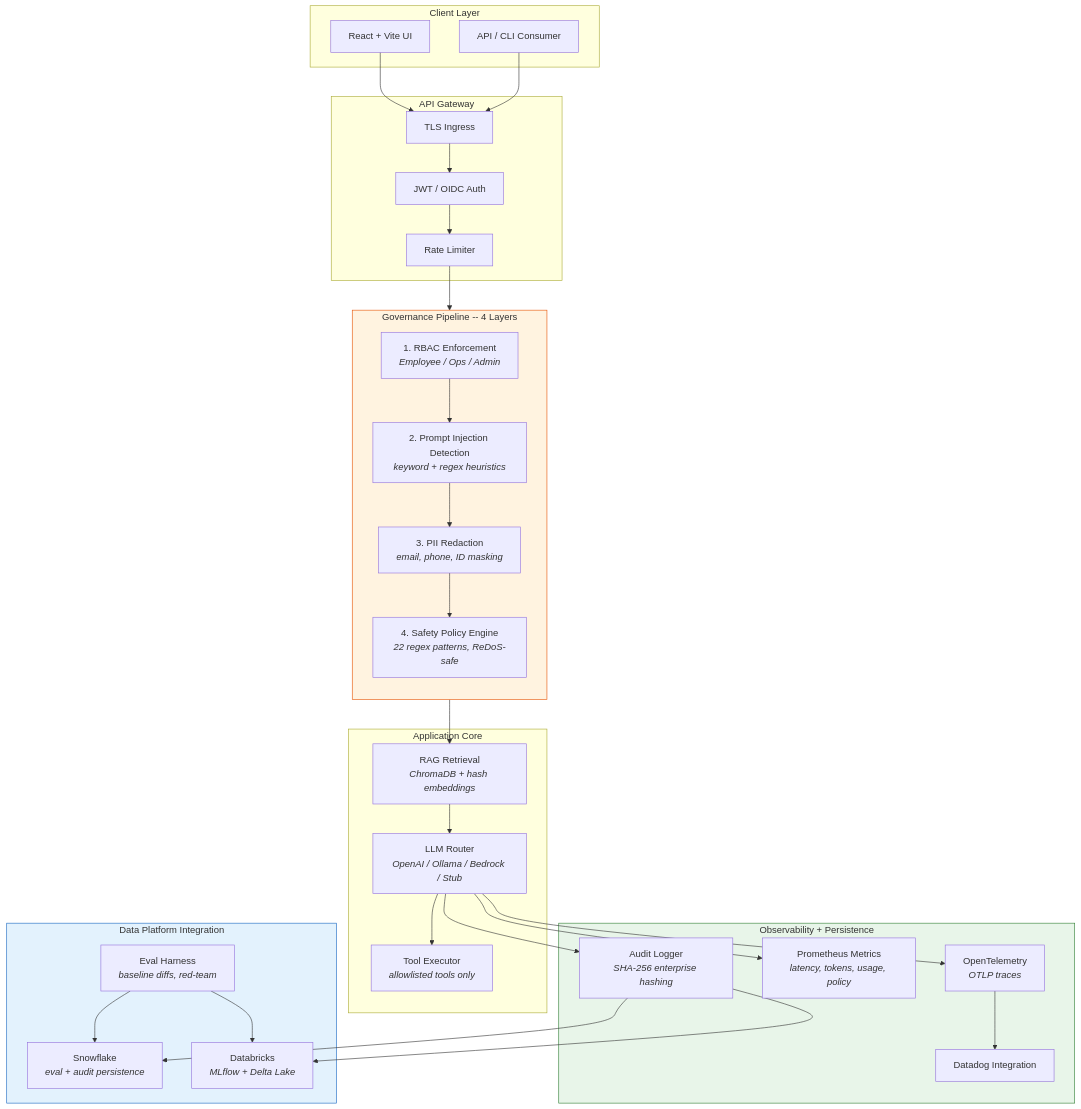
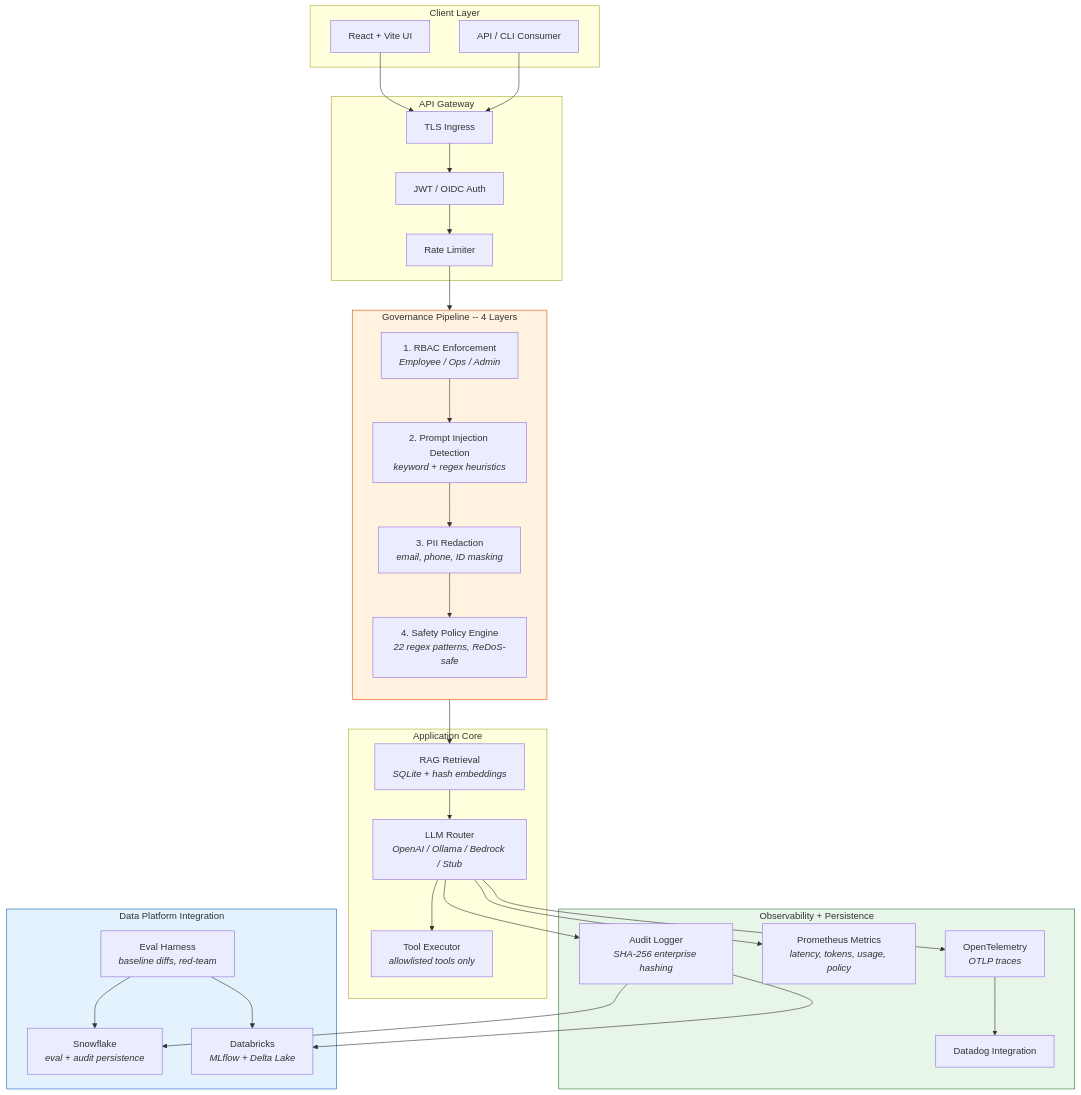
One commit to KIM3310/enterprise-llm-adoption-kit changed the diagram in README.md. Above: the diagram before and after it, drawn with Mermaid. The commit also changed other lines of this file and 20 other files, not shown here.

````diff
--- a/README.md
+++ b/README.md
@@ -61,54 +61,54 @@
 ```mermaid
 flowchart TB
     subgraph Client["Client Layer"]
         UI["React + Vite UI"]
         CLI["API / CLI Consumer"]
     end
 
     subgraph Gateway["API Gateway"]
         ING["TLS Ingress"] --> AUTH["JWT / OIDC Auth"]
         AUTH --> RL["Rate Limiter"]
     end
 
     subgraph Governance["Governance Pipeline -- 4 Layers"]
         direction TB
         RBAC["1. RBAC Enforcement<br/><i>Employee / Ops / Admin</i>"]
         INJ["2. Prompt Injection Detection<br/><i>keyword + regex heuristics</i>"]
         PII["3. PII Redaction<br/><i>email, phone, ID masking</i>"]
         SAFE["4. Safety Policy Engine<br/><i>22 regex patterns, ReDoS-safe</i>"]
         RBAC --> INJ --> PII --> SAFE
     end
 
     subgraph Core["Application Core"]
-        RAG["RAG Retrieval<br/><i>ChromaDB + hash embeddings</i>"]
+        RAG["RAG Retrieval<br/><i>SQLite + hash embeddings</i>"]
         LLM["LLM Router<br/><i>OpenAI / Ollama / Bedrock / Stub</i>"]
         TOOLS["Tool Executor<br/><i>allowlisted tools only</i>"]
         RAG --> LLM
         LLM --> TOOLS
     end
 
     subgraph Observability["Observability + Persistence"]
         AUDIT["Audit Logger<br/><i>SHA-256 enterprise hashing</i>"]
         PROM["Prometheus Metrics<br/><i>latency, tokens, usage, policy</i>"]
         OTEL["OpenTelemetry<br/><i>OTLP traces</i>"]
         DD["Datadog Integration"]
     end
 
     subgraph DataPlatform["Data Platform Integration"]
         SF["Snowflake<br/><i>eval + audit persistence</i>"]
         DB["Databricks<br/><i>MLflow + Delta Lake</i>"]
         EVAL["Eval Harness<br/><i>baseline diffs, red-team</i>"]
     end
 
     UI & CLI --> ING
     RL --> RBAC
     SAFE --> RAG
     LLM --> AUDIT & PROM & OTEL
     AUDIT --> SF & DB
     OTEL --> DD
     EVAL --> SF & DB
 
     style Governance fill:#fff3e0,stroke:#e65100
     style Observability fill:#e8f5e9,stroke:#2e7d32
     style DataPlatform fill:#e3f2fd,stroke:#1565c0
 ```
````
